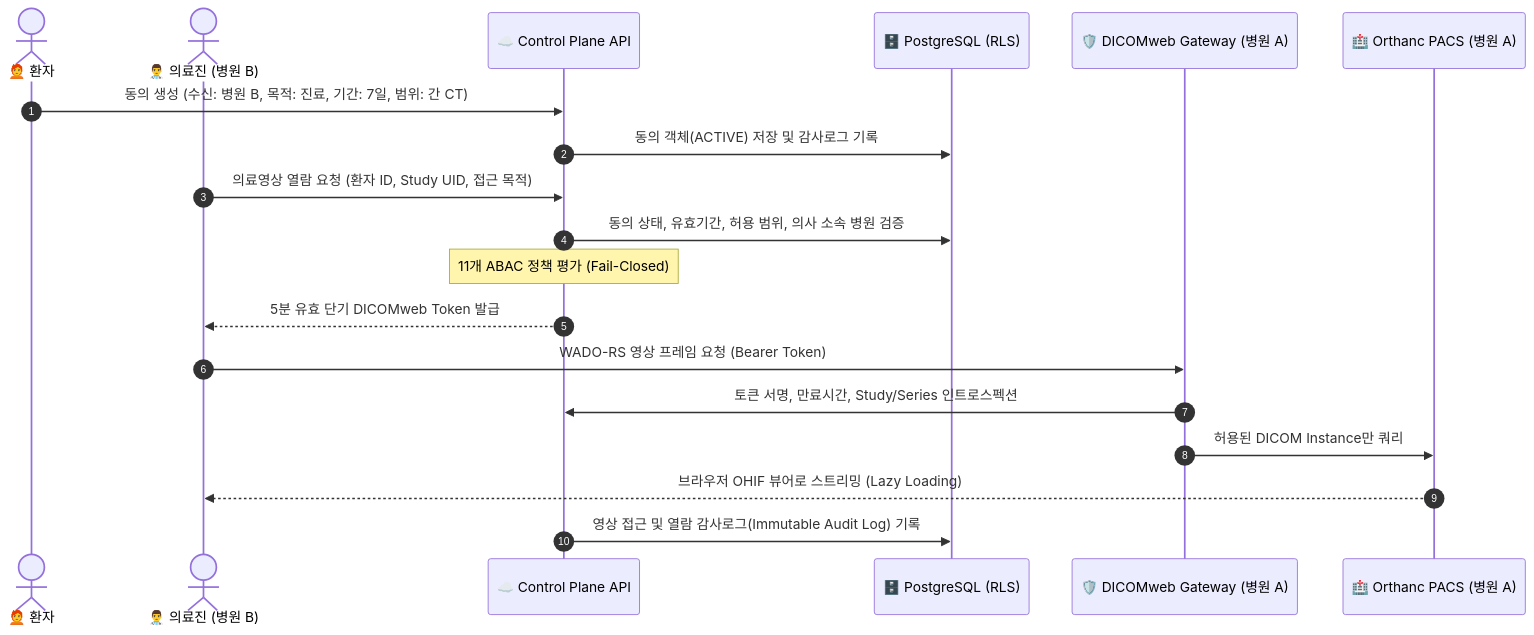
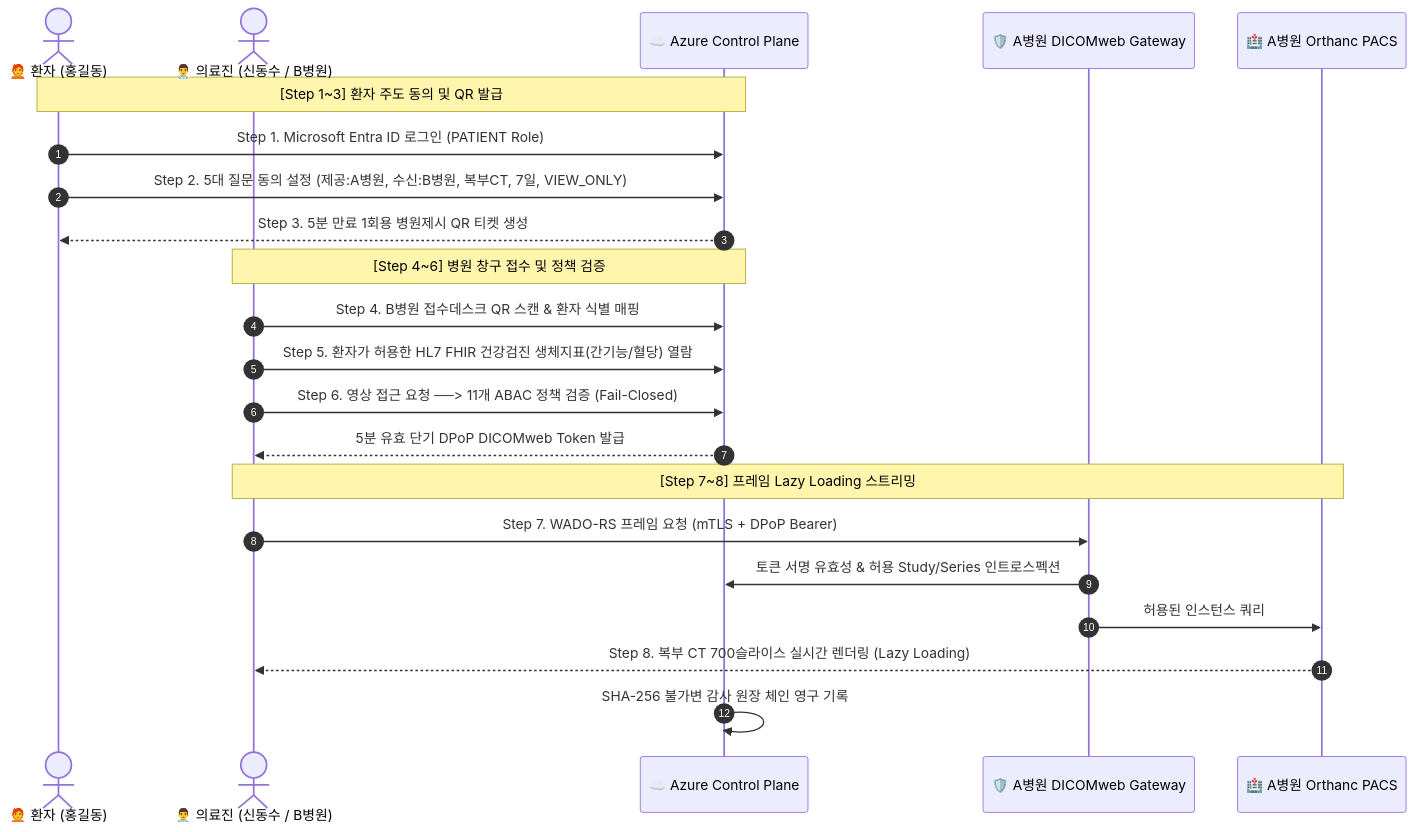
One commit to fpdhs/mediQ changed the second of 2 diagrams in README.md. Above: the diagram before and after it, drawn with Mermaid. The commit also changed other lines of this file, not shown here.

Commit message:
docs(readme): bold and engaging enterprise rewrite reflecting PPTX and live Entra ID

````diff
--- a/README.md
+++ b/README.md
@@ -255,24 +115,27 @@
 ```mermaid
 sequenceDiagram
     autonumber
-    actor Patient as 🧑‍🦰 환자
-    actor Doctor as 👨‍⚕️ 의료진 (병원 B)
-    participant CP as ☁️ Control Plane API
-    participant DB as 🗄️ PostgreSQL (RLS)
-    participant GW as 🛡️ DICOMweb Gateway (병원 A)
-    participant PACS as 🏥 Orthanc PACS (병원 A)
+    actor Patient as 🧑‍🦰 환자 (홍길동)
+    actor Doctor as 👨‍⚕️ 의료진 (신동수 / B병원)
+    participant CP as ☁️ Azure Control Plane
+    participant GW as 🛡️ A병원 DICOMweb Gateway
+    participant PACS as 🏥 A병원 Orthanc PACS
 
-    Patient->>CP: 동의 생성 (수신: 병원 B, 목적: 진료, 기간: 7일, 범위: 간 CT)
-    CP->>DB: 동의 객체(ACTIVE) 저장 및 감사로그 기록
-    
-    Doctor->>CP: 의료영상 열람 요청 (환자 ID, Study UID, 접근 목적)
-    CP->>DB: 동의 상태, 유효기간, 허용 범위, 의사 소속 병원 검증
-    Note over CP: 11개 ABAC 정책 평가 (Fail-Closed)
-    CP-->>Doctor: 5분 유효 단기 DICOMweb Token 발급
-    
-    Doctor->>GW: WADO-RS 영상 프레임 요청 (Bearer Token)
-    GW->>CP: 토큰 서명, 만료시간, Study/Series 인트로스펙션
-    GW->>PACS: 허용된 DICOM Instance만 쿼리
-    PACS-->>Doctor: 브라우저 OHIF 뷰어로 스트리밍 (Lazy Loading)
-    CP->>DB: 영상 접근 및 열람 감사로그(Immutable Audit Log) 기록
+    Note over Patient,CP: [Step 1~3] 환자 주도 동의 및 QR 발급
+    Patient->>CP: Step 1. Microsoft Entra ID 로그인 (PATIENT Role)
+    Patient->>CP: Step 2. 5대 질문 동의 설정 (제공:A병원, 수신:B병원, 복부CT, 7일, VIEW_ONLY)
+    CP-->>Patient: Step 3. 5분 만료 1회용 병원제시 QR 티켓 생성
+
+    Note over Doctor,CP: [Step 4~6] 병원 창구 접수 및 정책 검증
+    Doctor->>CP: Step 4. B병원 접수데스크 QR 스캔 & 환자 식별 매핑
+    Doctor->>CP: Step 5. 환자가 허용한 HL7 FHIR 건강검진 생체지표(간기능/혈당) 열람
+    Doctor->>CP: Step 6. 영상 접근 요청 ──> 11개 ABAC 정책 검증 (Fail-Closed)
+    CP-->>Doctor: 5분 유효 단기 DPoP DICOMweb Token 발급
+
+    Note over Doctor,PACS: [Step 7~8] 프레임 Lazy Loading 스트리밍
+    Doctor->>GW: Step 7. WADO-RS 프레임 요청 (mTLS + DPoP Bearer)
+    GW->>CP: 토큰 서명 유효성 & 허용 Study/Series 인트로스펙션
+    GW->>PACS: 허용된 인스턴스 쿼리
+    PACS-->>Doctor: Step 8. 복부 CT 700슬라이스 실시간 렌더링 (Lazy Loading)
+    CP->>CP: SHA-256 불가변 감사 원장 체인 영구 기록
 ```
````
